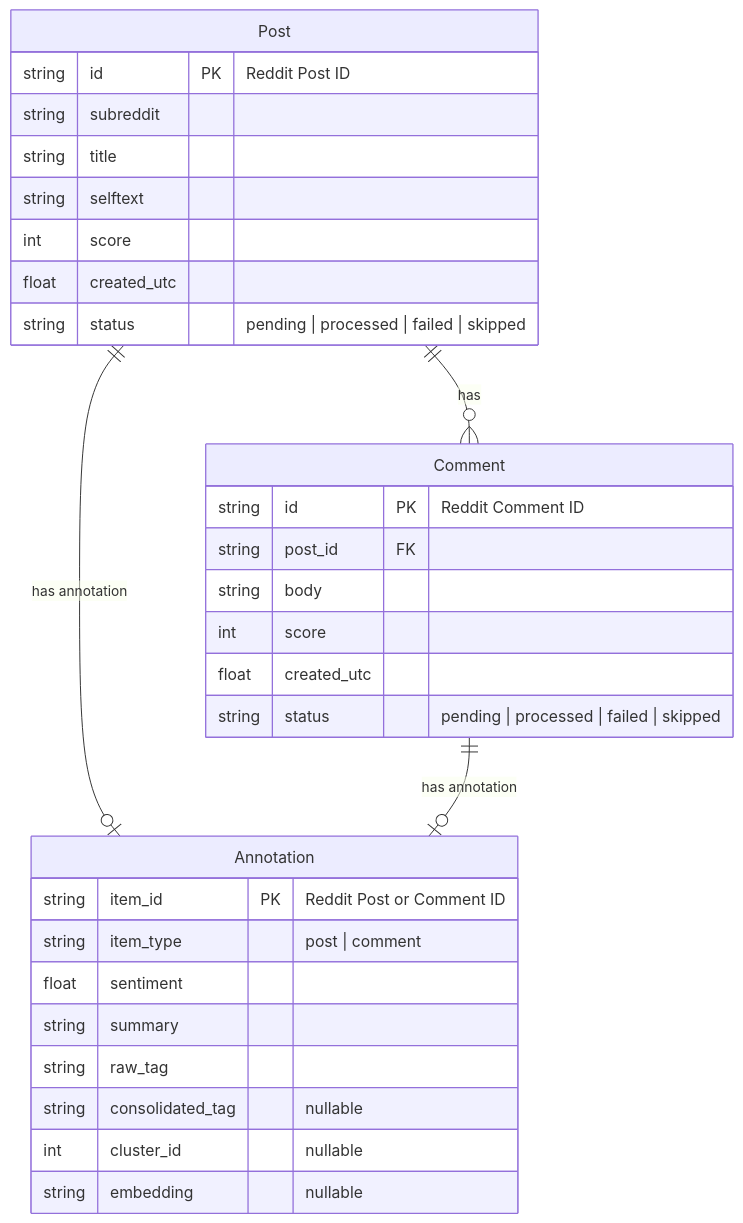
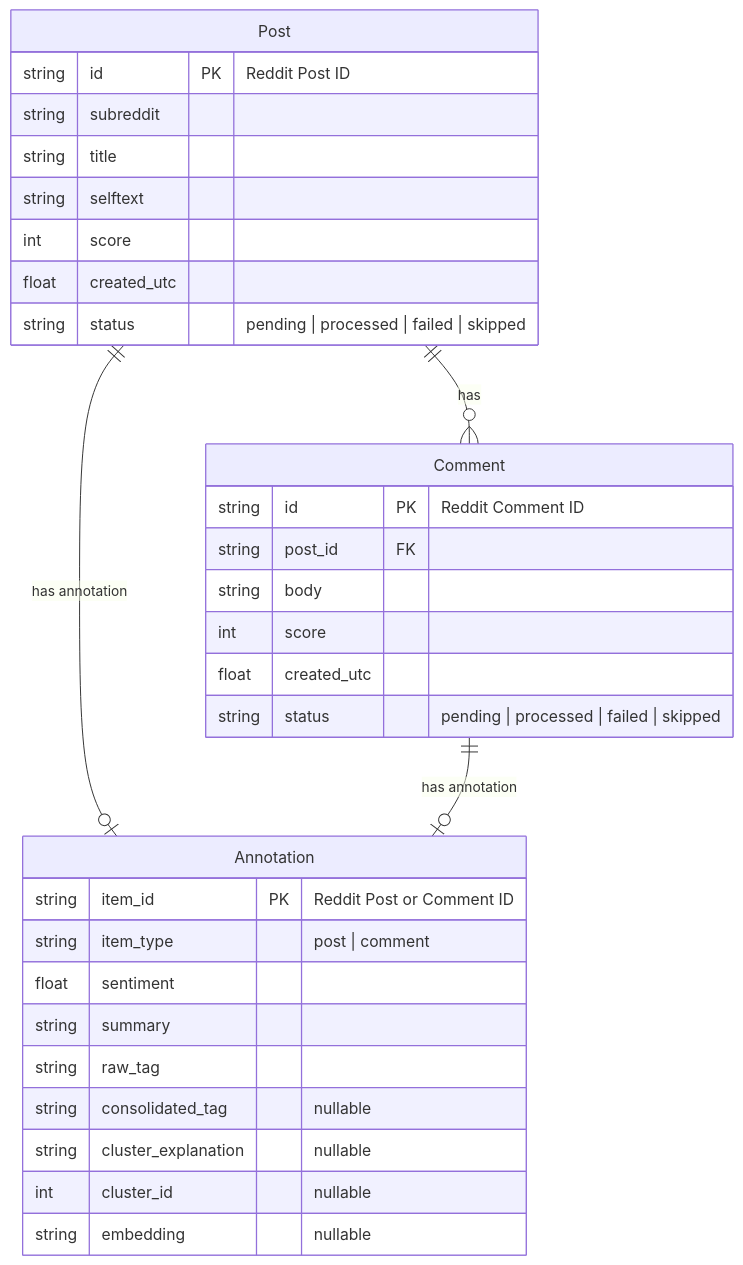
One commit to donngas/IFLS807-audience-reception-analysis changed the second of 2 diagrams in README.md. Above: the diagram before and after it, drawn with Mermaid. The commit also changed other lines of this file and 6 other files, not shown here.

````diff
--- a/README.md
+++ b/README.md
@@ -46,34 +46,35 @@
 ```mermaid
 erDiagram
     Post {
         string id PK "Reddit Post ID"
         string subreddit
         string title
         string selftext
         int score
         float created_utc
         string status "pending | processed | failed | skipped"
     }
     Comment {
         string id PK "Reddit Comment ID"
         string post_id FK
         string body
         int score
         float created_utc
         string status "pending | processed | failed | skipped"
     }
     Annotation {
         string item_id PK "Reddit Post or Comment ID"
         string item_type "post | comment"
         float sentiment
         string summary
         string raw_tag
         string consolidated_tag "nullable"
+        string cluster_explanation "nullable"
         int cluster_id "nullable"
         string embedding "nullable"
     }
 
     Post ||--o{ Comment : "has"
     Post ||--o| Annotation : "has annotation"
     Comment ||--o| Annotation : "has annotation"
 ```
````
